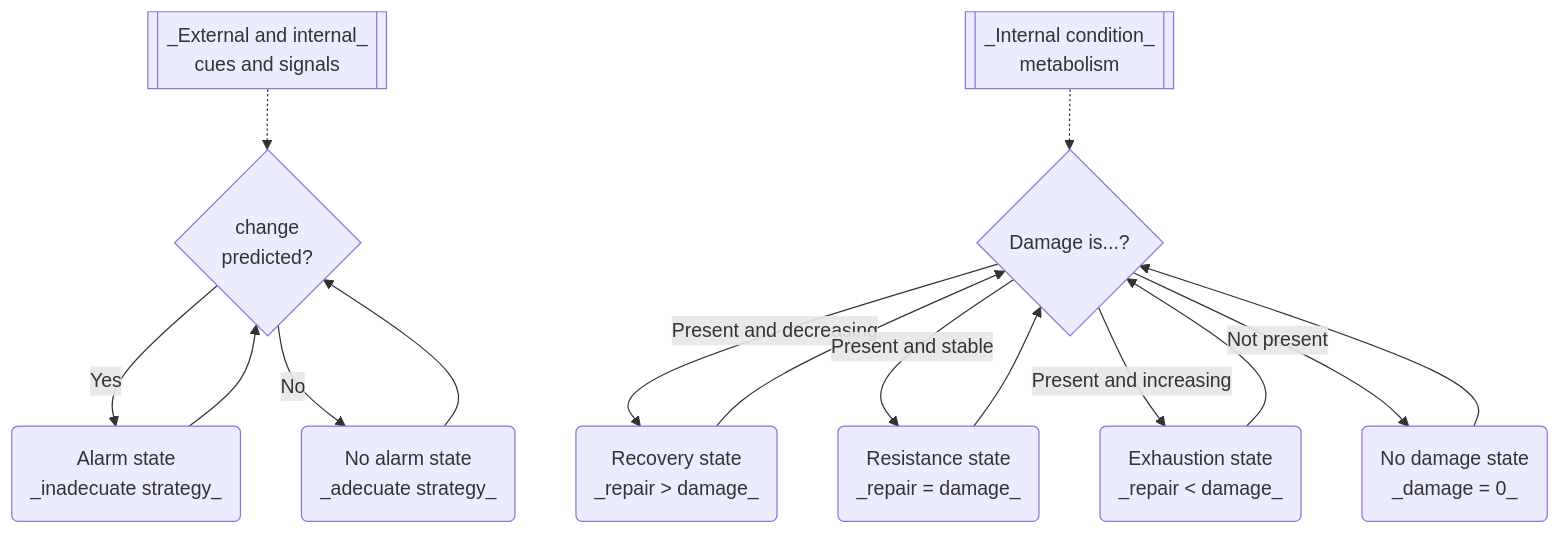
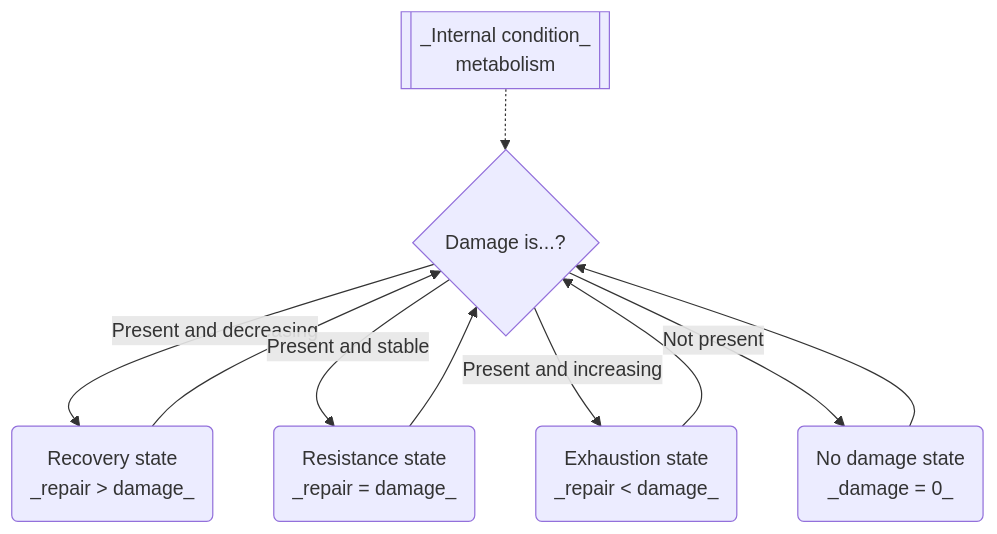
One commit to aphalo/stress-definition-quarto changed the fourth of 4 diagrams in index.qmd. Above: the diagram before and after it, drawn with Mermaid. The commit also changed other lines of this file and 26 other files, not shown here.

Commit message:
Revise diagrams, add .bib file, add some text on detecting stress

````diff
--- a/index.qmd
+++ b/index.qmd
@@ -240,17 +321,14 @@
 ```{mermaid}
+%%| label: fig-states-of-stress
+%%| fig-cap: "Diagram describing the _state of an individual plant_ based on the balance between rate of damage production and rate of damage repair. These states in most cases alternate during the course of a day and from day to day in a naturally fluctuating environment."
 flowchart TD
-    a{change<br/>predicted?} -->|Yes| B(Alarm state<br/>_inadecuate strategy_)
-    A(No alarm state<br/>_adecuate strategy_) --> a
-    a -->|No| A
-    I1[[_External and internal_<br/>cues and signals]] -.-> a
-    B --> a
     I2[[_Internal condition_<br/>metabolism]] -.-> b
     b{Damage is...?} -->|Present and decreasing| E(Recovery state<br/>_repair > damage_)
     b -->|Present and stable| C(Resistance state<br/>_repair = damage_)
     b -->|Present and increasing| D(Exhaustion state<br/>_repair < damage_)
     b -->|Not present| F(No damage state<br/>_damage = 0_ )
     C --> b
     D --> b
     E --> b
     F --> b
 ```
````
